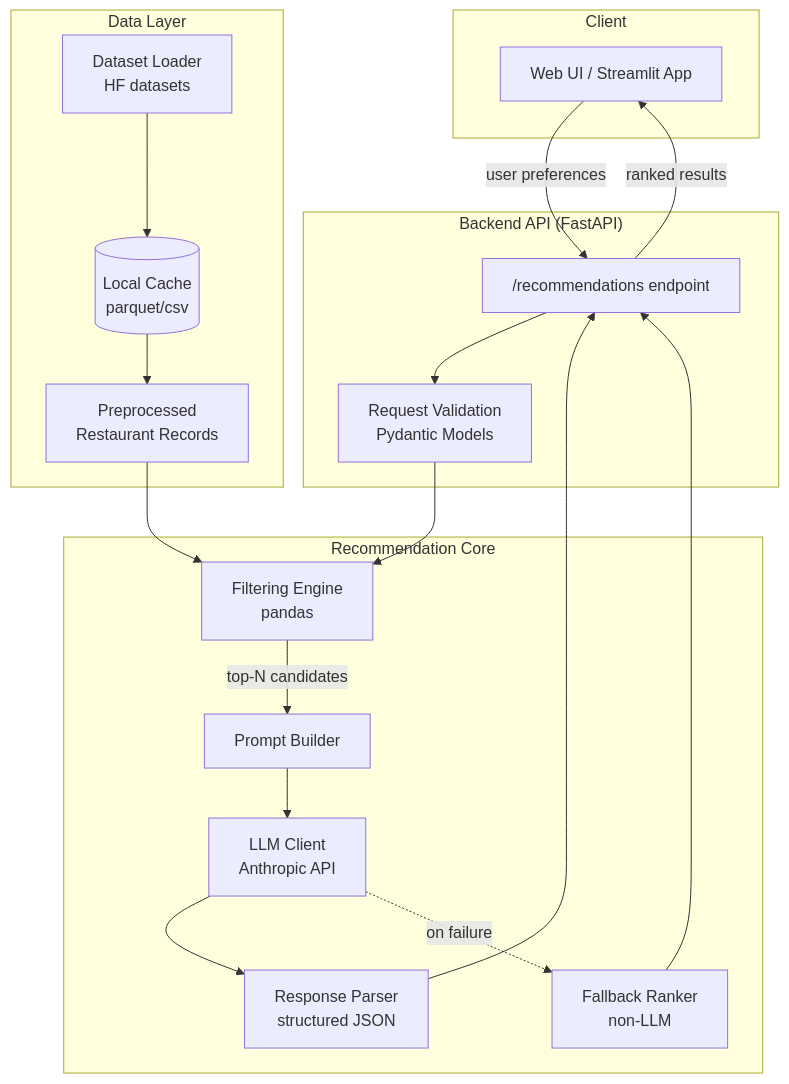
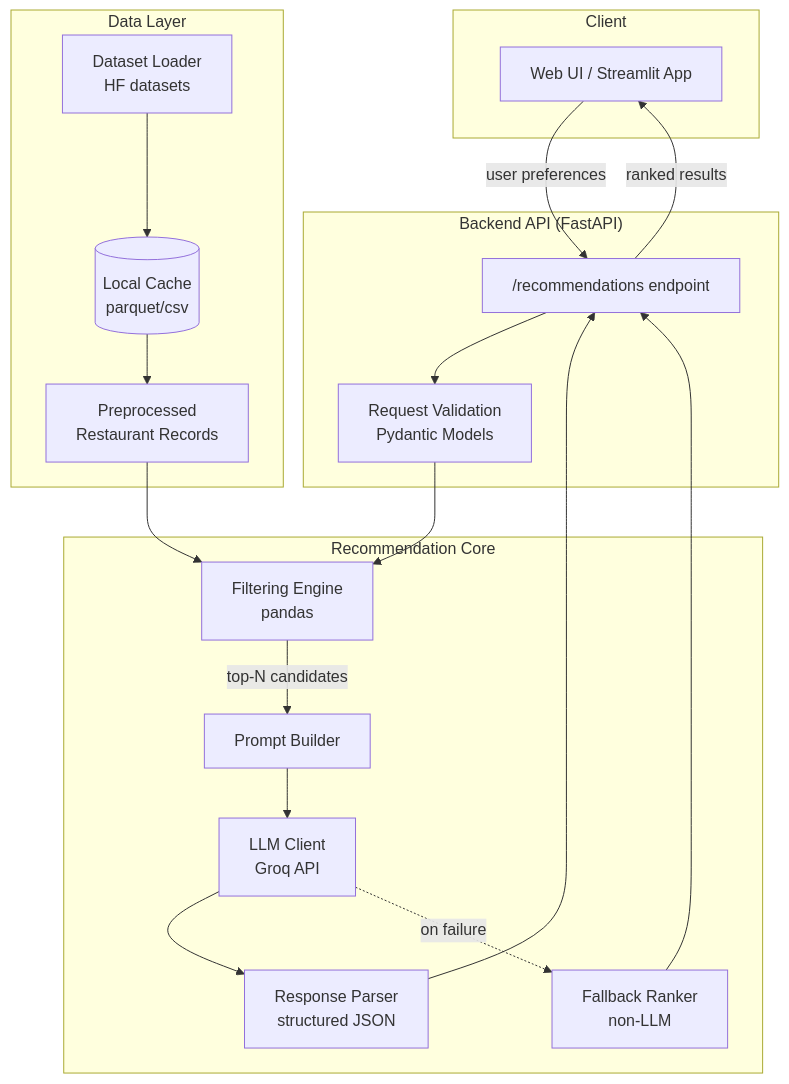
The first of 2 diagrams in docs/architecture.md (vikramragu/AI-Test-Project), drawn with Mermaid before and after one commit. The commit also changed other lines of this file and 2 other files, not shown here.

First line of the commit message:
Switch LLM provider from Anthropic Claude to Groq

````diff
--- a/docs/architecture.md
+++ b/docs/architecture.md
@@ -14,32 +14,32 @@
 ```mermaid
 flowchart TD
     subgraph Client
         UI[Web UI / Streamlit App]
     end
 
     subgraph API["Backend API (FastAPI)"]
         EP["/recommendations endpoint"]
         VAL[Request Validation<br/>Pydantic Models]
     end
 
     subgraph Core["Recommendation Core"]
         FILTER[Filtering Engine<br/>pandas]
         PROMPT[Prompt Builder]
-        LLM[LLM Client<br/>Anthropic API]
+        LLM[LLM Client<br/>Groq API]
         PARSE[Response Parser<br/>structured JSON]
         FALLBACK[Fallback Ranker<br/>non-LLM]
     end
 
     subgraph Data["Data Layer"]
         LOADER[Dataset Loader<br/>HF datasets]
         CACHE[(Local Cache<br/>parquet/csv)]
         SCHEMA[Preprocessed<br/>Restaurant Records]
     end
 
     UI -->|user preferences| EP
     EP --> VAL --> FILTER
     LOADER --> CACHE --> SCHEMA --> FILTER
     FILTER -->|top-N candidates| PROMPT --> LLM --> PARSE --> EP
     LLM -.on failure.-> FALLBACK --> EP
     EP -->|ranked results| UI
 ```
````
